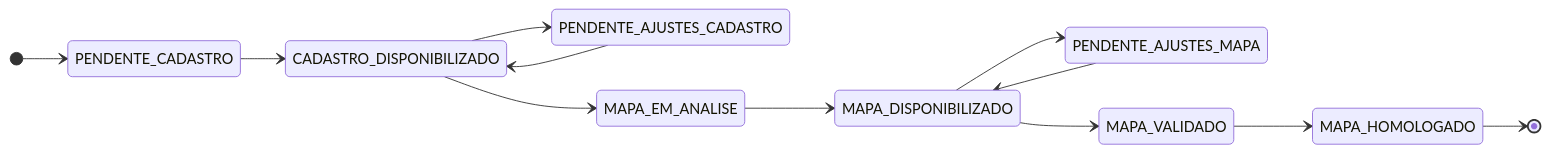
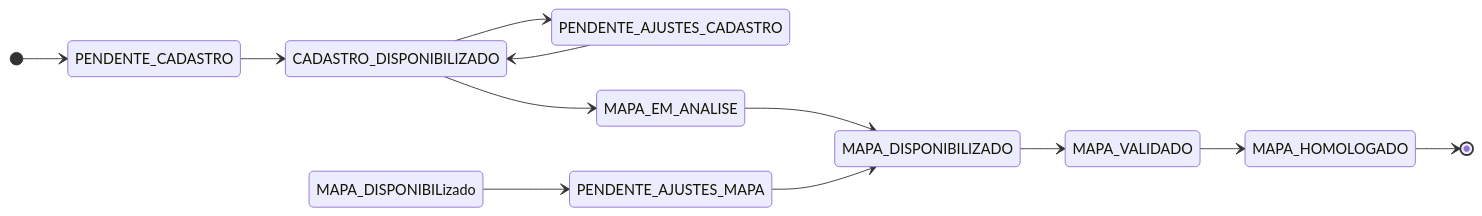
One commit to lgalvao/sgc changed the diagram in backend/src/main/java/sgc/subprocesso/README.md. Above: the diagram before and after it, drawn with Mermaid. The commit also changed 15 other files, not shown here.

First line of the commit message:
docs: Update all backend READMEs and add Mermaid diagrams

````diff
--- a/backend/src/main/java/sgc/subprocesso/README.md
+++ b/backend/src/main/java/sgc/subprocesso/README.md
@@ -18,16 +18,16 @@
 ```mermaid
 stateDiagram-v2
     direction LR
     [*] --> PENDENTE_CADASTRO
     PENDENTE_CADASTRO --> CADASTRO_DISPONIBILIZADO
     CADASTRO_DISPONIBILIZADO --> PENDENTE_AJUSTES_CADASTRO
     PENDENTE_AJUSTES_CADASTRO --> CADASTRO_DISPONIBILIZADO
     CADASTRO_DISPONIBILIZADO --> MAPA_EM_ANALISE
     MAPA_EM_ANALISE --> MAPA_DISPONIBILIZADO
-    MAPA_DISPONIBILIZADO --> PENDENTE_AJUSTES_MAPA
+    MAPA_DISPONIBILizado --> PENDENTE_AJUSTES_MAPA
     PENDENTE_AJUSTES_MAPA --> MAPA_DISPONIBILIZADO
     MAPA_DISPONIBILIZADO --> MAPA_VALIDADO
     MAPA_VALIDADO --> MAPA_HOMOLOGADO
     MAPA_HOMOLOGADO --> [*]
     note "Para cada transição, uma Movimentacao é criada" as N1
 ```
````
